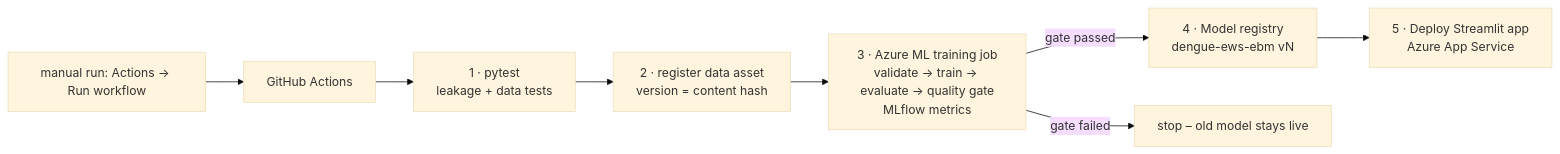
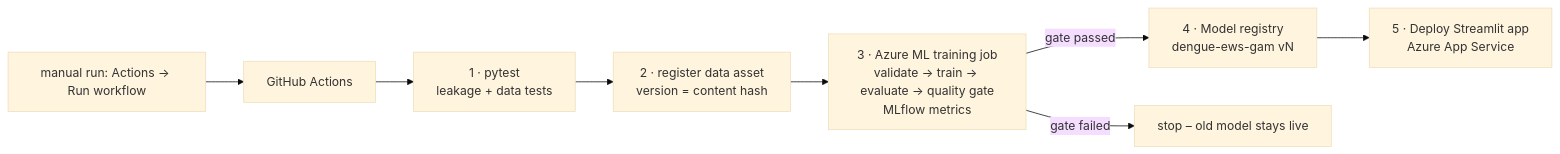
One commit to Dinushi97/AML_Assignment_269133N_KumarasiriRMKD changed the diagram in docs/azure-mlops-guide.md. Above: the diagram before and after it, drawn with Mermaid (base theme). The commit also changed other lines of this file and 14 other files, not shown here.

First line of the commit message:
WIP: replace EBM with spline GAM (code, notebook rewrite in progress)

````diff
--- a/docs/azure-mlops-guide.md
+++ b/docs/azure-mlops-guide.md
@@ -10,10 +10,10 @@
 ```mermaid
 flowchart LR
   dev[manual run: Actions → Run workflow] --> gh[GitHub Actions]
   gh --> t[1 · pytest<br/>leakage + data tests]
   t --> d[2 · register data asset<br/>version = content hash]
   d --> j[3 · Azure ML training job<br/>validate → train → evaluate → quality gate<br/>MLflow metrics]
-  j -->|gate passed| r[4 · Model registry<br/>dengue-ews-ebm vN]
+  j -->|gate passed| r[4 · Model registry<br/>dengue-ews-gam vN]
   r --> a[5 · Deploy Streamlit app<br/>Azure App Service]
   j -->|gate failed| x[stop – old model stays live]
 ```
````
